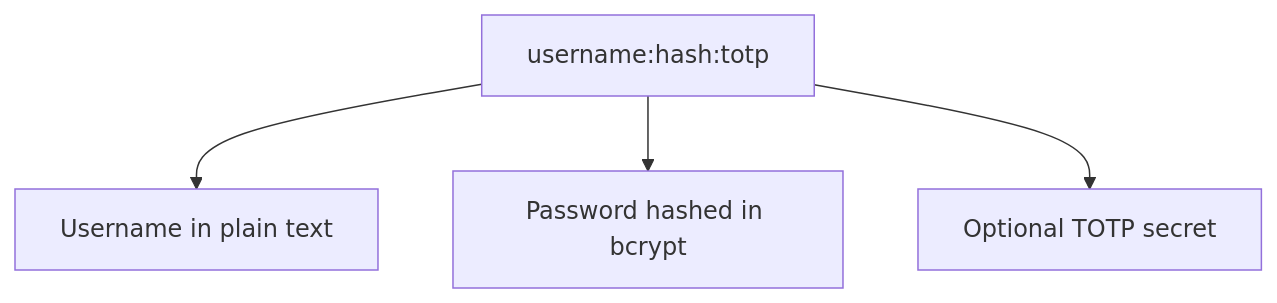
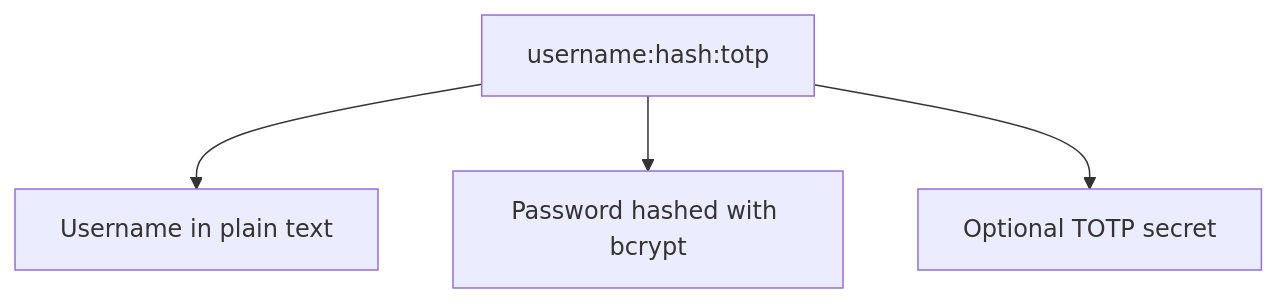
One commit to steveiliop56/tinyauth-docs changed the first of 2 diagrams in docs/getting-started.md. Above: the diagram before and after it, drawn with Mermaid. The commit also changed other lines of this file and 104 other files, not shown here.

````diff
--- a/docs/getting-started.md
+++ b/docs/getting-started.md
@@ -24,7 +28,7 @@
 ```mermaid
 flowchart BR
     user["username:hash:totp"]
     user --> username["Username in plain text"]
-    user --> hash["Password hashed in bcrypt"]
+    user --> hash["Password hashed with bcrypt"]
     user --> totp["Optional TOTP secret"]
 ```
````
